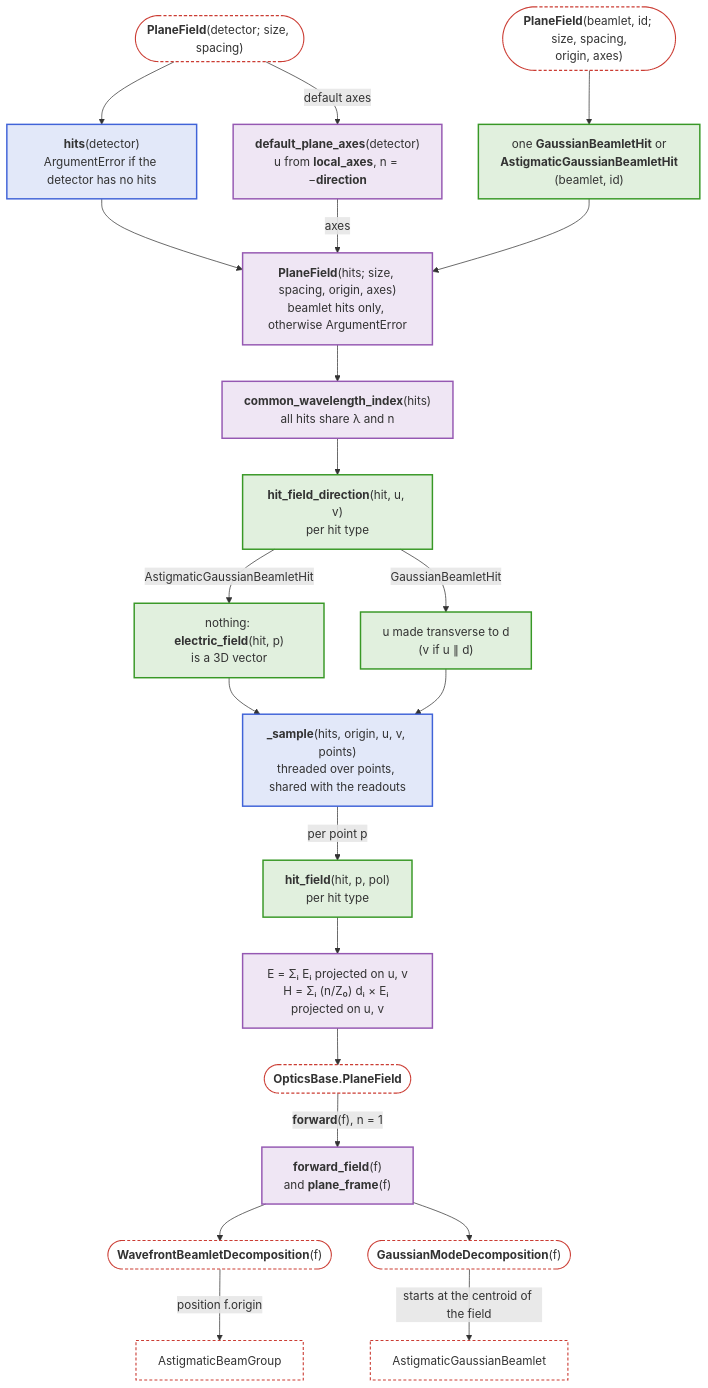
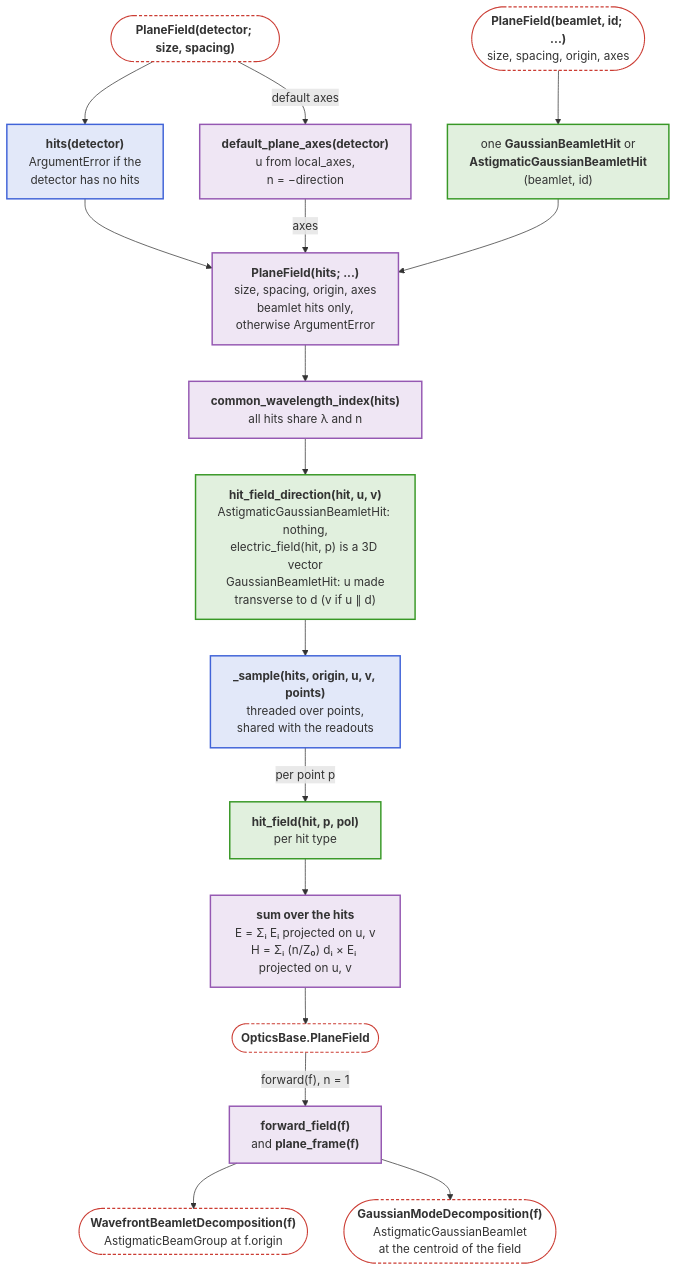
Before and after one commit to JuliaPhysics/BeamletOptics.jl: the third of 3 diagrams in docs/src/api/detectors.md, drawn with Mermaid. The commit also changed other lines of this file and 8 other files, not shown here.

First line of the commit message:
Docs: diagrams narrow and colored by group, rules in "Readable diagrams"

````diff
--- a/docs/src/api/detectors.md
+++ b/docs/src/api/detectors.md
@@ -84,33 +90,39 @@
 ```mermaid
 flowchart TB
-    DET(["<b>PlaneField</b>(detector; size, spacing)"]) --> DH["<b>hits</b>(detector)<br/>ArgumentError if the detector has no hits"]
-    DET -- "default axes" --> DA["<b>default_plane_axes</b>(detector)<br/>u from <b>local_axes</b>, n = −<b>direction</b>"]
-    BEAM(["<b>PlaneField</b>(beamlet, id; size, spacing,<br/>origin, axes)"]) --> OH["one <b>GaussianBeamletHit</b> or<br/><b>AstigmaticGaussianBeamletHit</b><br/>(beamlet, id)"]
+    DET(["<b>PlaneField(detector; size, spacing)</b>"])
+    BEAM(["<b>PlaneField(beamlet, id; ...)</b><br/>size, spacing, origin, axes"])
+    DH["<b>hits(detector)</b><br/>ArgumentError if the<br/>detector has no hits"]
+    DA["<b>default_plane_axes(detector)</b><br/>u from local_axes,<br/>n = −direction"]
+    OH["one <b>GaussianBeamletHit</b> or<br/><b>AstigmaticGaussianBeamletHit</b><br/>(beamlet, id)"]
+    PH["<b>PlaneField(hits; ...)</b><br/>size, spacing, origin, axes<br/>beamlet hits only,<br/>otherwise ArgumentError"]
+    CW["<b>common_wavelength_index(hits)</b><br/>all hits share λ and n"]
+    HFD["<b>hit_field_direction(hit, u, v)</b><br/>AstigmaticGaussianBeamletHit: nothing,<br/>electric_field(hit, p) is a 3D vector<br/>GaussianBeamletHit: u made<br/>transverse to d (v if u ∥ d)"]
+    SM["<b>_sample(hits, origin, u, v, points)</b><br/>threaded over points,<br/>shared with the readouts"]
+    HF["<b>hit_field(hit, p, pol)</b><br/>per hit type"]
+    EH["<b>sum over the hits</b><br/>E = Σᵢ Eᵢ projected on u, v<br/>H = Σᵢ (n/Z₀) dᵢ × Eᵢ projected on u, v"]
+    PF(["<b>OpticsBase.PlaneField</b>"])
+    FF["<b>forward_field(f)</b><br/>and <b>plane_frame(f)</b>"]
+    WD(["<b>WavefrontBeamletDecomposition(f)</b><br/>AstigmaticBeamGroup at f.origin"])
+    GD(["<b>GaussianModeDecomposition(f)</b><br/>AstigmaticGaussianBeamlet<br/>at the centroid of the field"])
+
+    DET --> DH
+    DET -- "default axes" --> DA
+    BEAM --> OH
     DH --> PH
-    DA -- "axes" --> PH
+    DA -- axes --> PH
     OH --> PH
-    PH["<b>PlaneField</b>(hits; size, spacing, origin, axes)<br/>beamlet hits only, otherwise ArgumentError"]
-    PH --> CW["<b>common_wavelength_index</b>(hits)<br/>all hits share λ and n"]
-    CW --> HFD["<b>hit_field_direction</b>(hit, u, v)<br/>per hit type"]
-    HFD -- AstigmaticGaussianBeamletHit --> HA["nothing: <b>electric_field</b>(hit, p)<br/>is a 3D vector"]
-    HFD -- GaussianBeamletHit --> HG["u made transverse to d<br/>(v if u ∥ d)"]
-    HA --> SM["<b>_sample</b>(hits, origin, u, v, points)<br/>threaded over points, shared with the readouts"]
-    HG --> SM
-    SM -- "per point p" --> HF["<b>hit_field</b>(hit, p, pol)<br/>per hit type"]
-    HF --> EH["E = Σᵢ Eᵢ projected on u, v<br/>H = Σᵢ (n/Z₀) dᵢ × Eᵢ projected on u, v"]
-    EH --> PF(["<b>OpticsBase.PlaneField</b>"])
-    PF -- "<b>forward</b>(f), n = 1" --> FF["<b>forward_field</b>(f)<br/>and <b>plane_frame</b>(f)"]
-    FF --> WD(["<b>WavefrontBeamletDecomposition</b>(f)"])
-    FF --> GD(["<b>GaussianModeDecomposition</b>(f)"])
-    WD -- "position f.origin" --> BG["AstigmaticBeamGroup"]
-    GD -- "starts at the centroid of the field" --> AB["AstigmaticGaussianBeamlet"]
+    PH --> CW --> HFD --> SM
+    SM -- "per point p" --> HF --> EH --> PF
+    PF -- "forward(f), n = 1" --> FF
+    FF --> WD
+    FF --> GD
 
     classDef blue fill:#4063D826,stroke:#4063D8,stroke-width:2px
     classDef green fill:#38982626,stroke:#389826,stroke-width:2px
     classDef purple fill:#9558B226,stroke:#9558B2,stroke-width:2px
     classDef terminal fill:transparent,stroke:#CB3C33,stroke-width:1.5px,stroke-dasharray:4 3
     class DH,SM blue
-    class OH,HFD,HA,HG,HF green
+    class OH,HFD,HF green
     class DA,PH,CW,EH,FF purple
-    class DET,BEAM,PF,WD,GD,BG,AB terminal
+    class DET,BEAM,PF,WD,GD terminal
 ```
````
